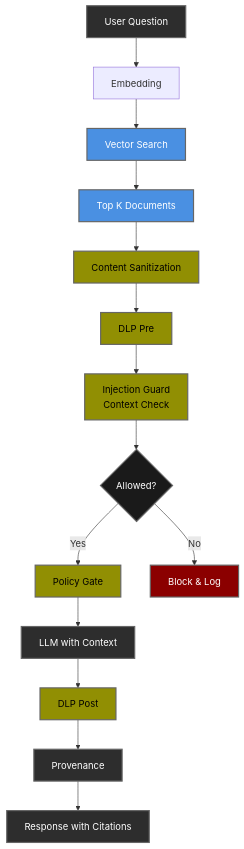
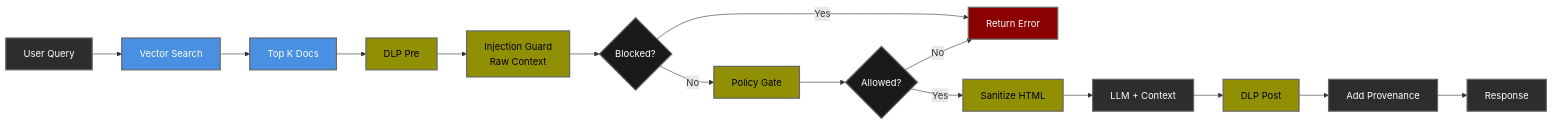
Before and after one commit to SP-Autonomy/ai-security-labs-handbook: the diagram in labs/rag_copilot/README.md, drawn with Mermaid. The commit also changed other lines of this file and 7 other files, not shown here.

````diff
--- a/labs/rag_copilot/README.md
+++ b/labs/rag_copilot/README.md
@@ -109,30 +55,32 @@
 ```mermaid
-graph TB
-    A[User Question] --> B[Embedding]
-    B --> C[Vector Search]
-    C --> D[Top K Documents]
-    D --> E[Content Sanitization]
-    E --> F[DLP Pre]
-    F --> G[Injection Guard<br/>Context Check]
-    G --> H{Allowed?}
-    H -->|Yes| I[Policy Gate]
-    H -->|No| J[Block & Log]
-    I --> K[LLM with Context]
+graph LR
+    A[User Query] --> B[Vector Search]
+    B --> C[Top K Docs]
+    C --> D[DLP Pre]
+    D --> E[Injection Guard<br/>Raw Context]
+    E --> F{Blocked?}
+    F -->|Yes| G[Return Error]
+    F -->|No| H[Policy Gate]
+    H --> I{Allowed?}
+    I -->|No| G
+    I -->|Yes| J[Sanitize HTML]
+    J --> K[LLM + Context]
     K --> L[DLP Post]
-    L --> M[Provenance]
-    M --> N[Response with Citations]
+    L --> M[Add Provenance]
+    M --> N[Response]
     
     style A fill:#2d2d2d,stroke:#666,stroke-width:2px,color:#fff
+    style B fill:#4a90e2,stroke:#666,stroke-width:2px,color:#fff
     style C fill:#4a90e2,stroke:#666,stroke-width:2px,color:#fff
-    style D fill:#4a90e2,stroke:#666,stroke-width:2px,color:#fff
+    style D fill:#918f03,stroke:#666,stroke-width:2px,color:#000
     style E fill:#918f03,stroke:#666,stroke-width:2px,color:#000
-    style F fill:#918f03,stroke:#666,stroke-width:2px,color:#000
-    style G fill:#918f03,stroke:#666,stroke-width:2px,color:#000
-    style H fill:#1a1a1a,stroke:#666,stroke-width:2px,color:#fff
-    style I fill:#918f03,stroke:#666,stroke-width:2px,color:#000
-    style J fill:#8b0000,stroke:#666,stroke-width:2px,color:#fff
+    style F fill:#1a1a1a,stroke:#666,stroke-width:2px,color:#fff
+    style G fill:#8b0000,stroke:#666,stroke-width:2px,color:#fff
+    style H fill:#918f03,stroke:#666,stroke-width:2px,color:#000
+    style I fill:#1a1a1a,stroke:#666,stroke-width:2px,color:#fff
+    style J fill:#918f03,stroke:#666,stroke-width:2px,color:#000
     style K fill:#2d2d2d,stroke:#666,stroke-width:2px,color:#fff
     style L fill:#918f03,stroke:#666,stroke-width:2px,color:#000
     style M fill:#2d2d2d,stroke:#666,stroke-width:2px,color:#fff
     style N fill:#2d2d2d,stroke:#666,stroke-width:2px,color:#fff
 ```
````
